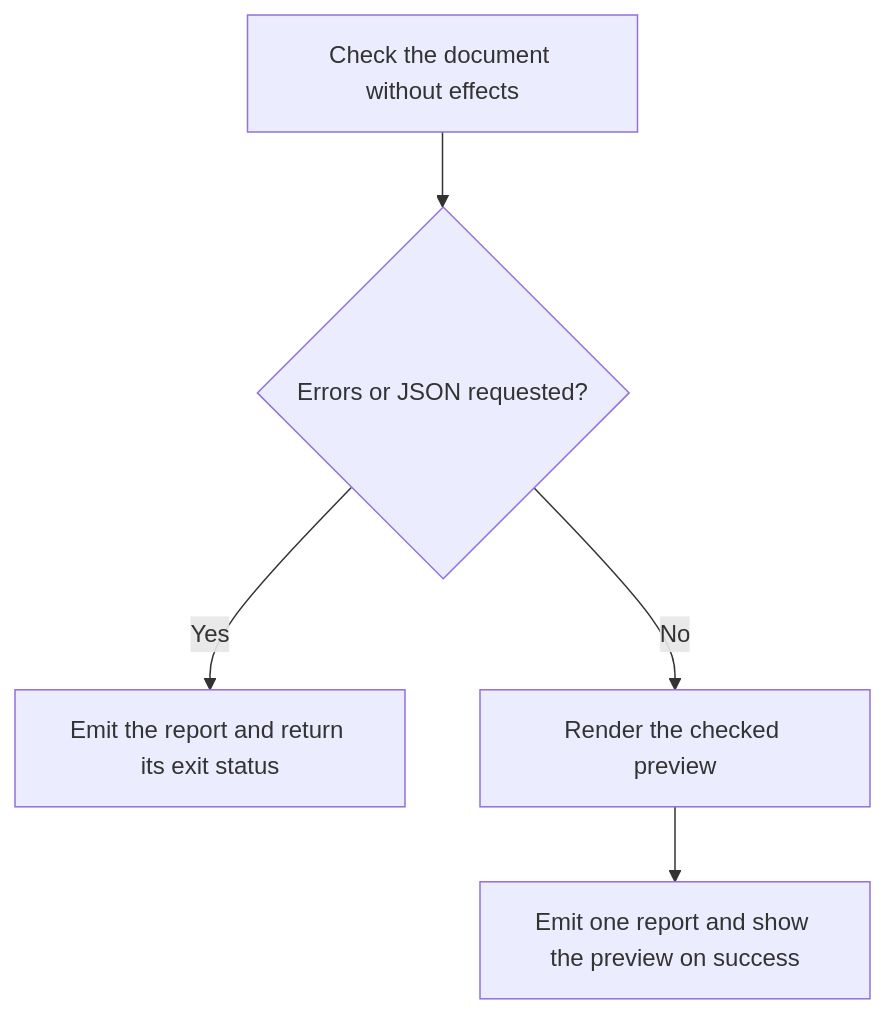
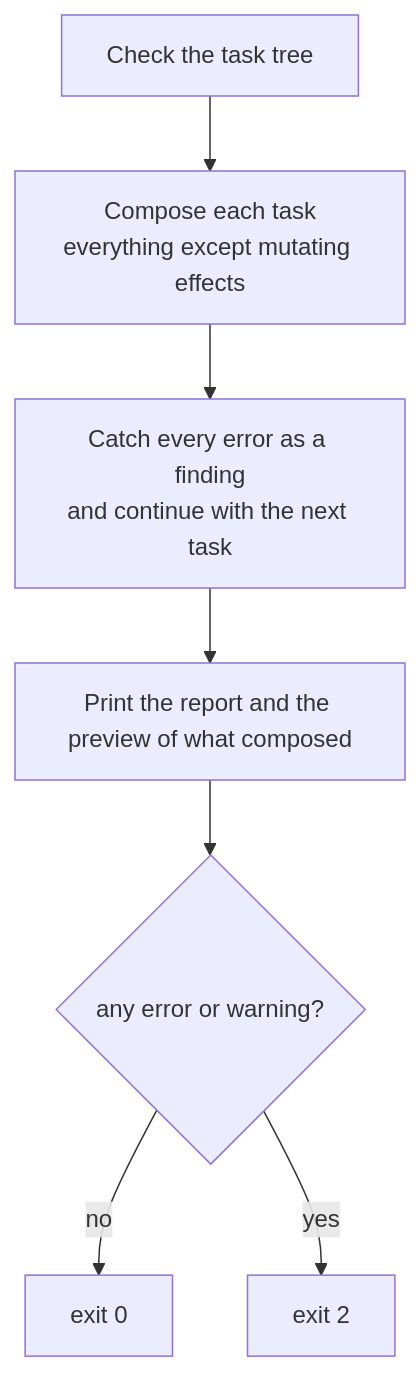
Before and after one commit to yankeeinlondon/rusty-biscuit: the diagram in claudine/features/2026-11-22-better-errors-and-dry-run/spec.md, drawn with Mermaid. The commit also changed other lines of this file, not shown here.

First line of the commit message:
planning(claudine): record dry-run rulings for better-errors-and-dry-run

````diff
--- a/claudine/features/2026-11-22-better-errors-and-dry-run/spec.md
+++ b/claudine/features/2026-11-22-better-errors-and-dry-run/spec.md
@@ -335,7 +346,9 @@
 ```mermaid
 flowchart TD
-    A[Check the document without effects] --> B{Errors or JSON requested?}
-    B -- Yes --> D[Emit the report and return its exit status]
-    B -- No --> E[Render the checked preview]
-    E --> G[Emit one report and show the preview on success]
+    A[Check the task tree] --> B[Compose each task<br/>everything except mutating effects]
+    B --> C[Catch every error as a finding<br/>and continue with the next task]
+    C --> D[Print the report and the preview of what composed]
+    D --> E{any error or warning?}
+    E -- no --> F[exit 0]
+    E -- yes --> G[exit 2]
 ```
````
